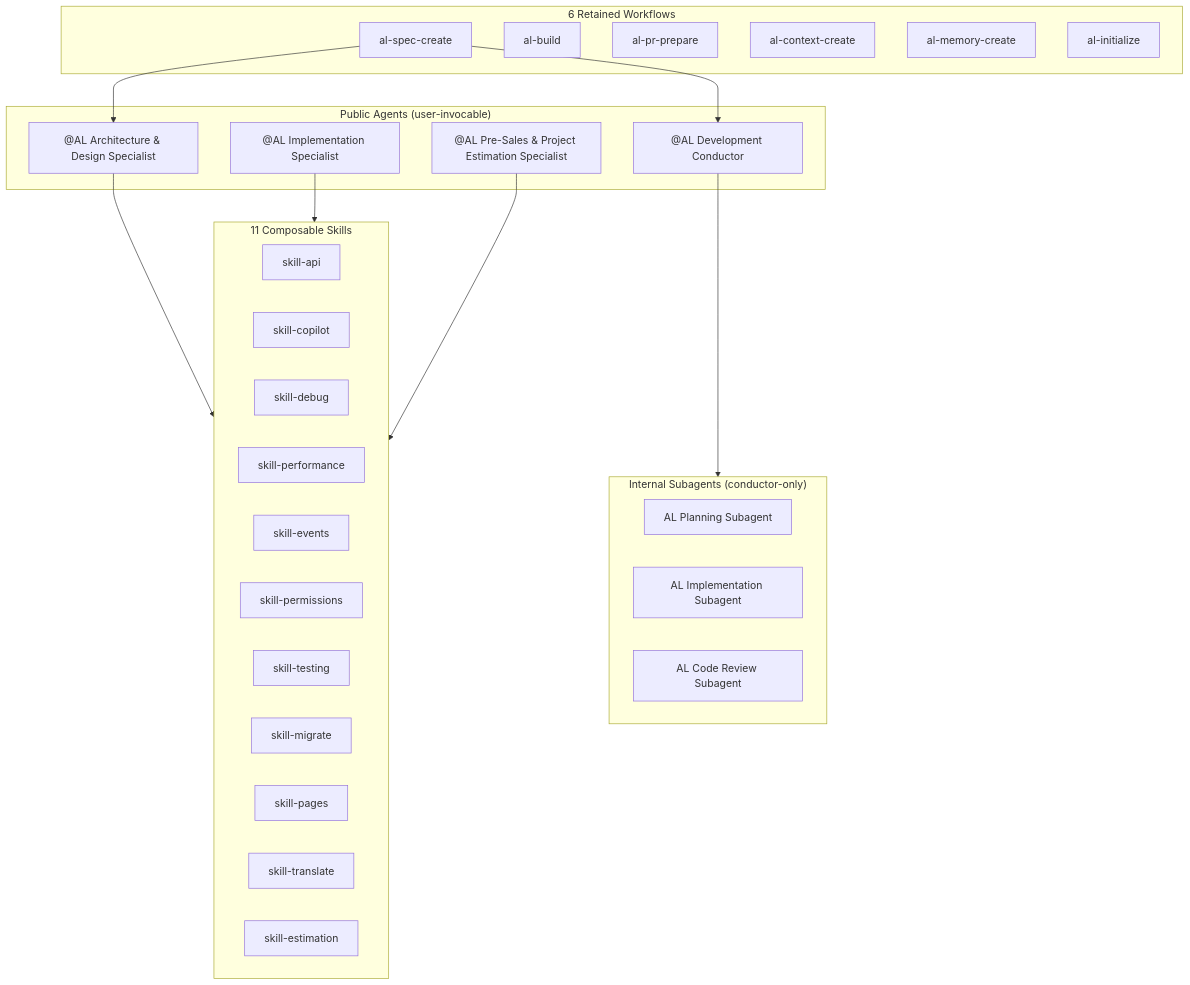
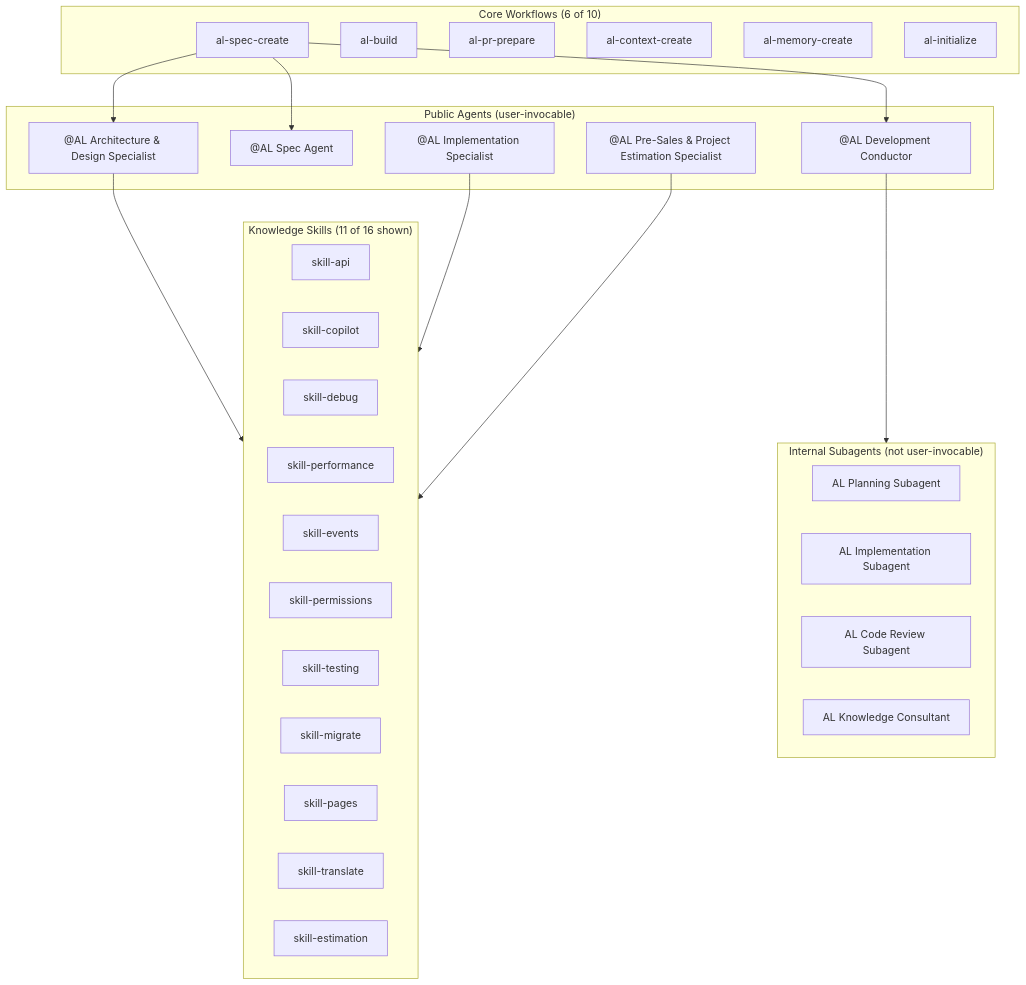
One commit to javiarmesto/ALDC-AL-Development-Collection changed the third of 3 diagrams in README.md. Above: the diagram before and after it, drawn with Mermaid. The commit also changed other lines of this file and 2 other files, not shown here.

````diff
--- a/README.md
+++ b/README.md
@@ -411,46 +413,49 @@
 ```mermaid
 graph TB
     subgraph PUBLIC["Public Agents (user-invocable)"]
         ARCH["@AL Architecture & Design Specialist"]
+        SPEC["@AL Spec Agent"]
         DEV["@AL Implementation Specialist"]
         COND["@AL Development Conductor"]
         PRE["@AL Pre-Sales & Project Estimation Specialist"]
     end
 
-    subgraph INTERNAL["Internal Subagents (conductor-only)"]
+    subgraph INTERNAL["Internal Subagents (not user-invocable)"]
         PLAN[AL Planning Subagent]
         IMPL[AL Implementation Subagent]
         REV[AL Code Review Subagent]
+        KNOW[AL Knowledge Consultant]
     end
 
-    subgraph SKILLS["11 Composable Skills"]
+    subgraph SKILLS["Knowledge Skills (11 of 16 shown)"]
         S1[skill-api]
         S2[skill-copilot]
         S3[skill-debug]
         S4[skill-performance]
         S5[skill-events]
         S6[skill-permissions]
         S7[skill-testing]
         S8[skill-migrate]
         S9[skill-pages]
         S10[skill-translate]
         S11[skill-estimation]
     end
 
-    subgraph WORKFLOWS["6 Retained Workflows"]
+    subgraph WORKFLOWS["Core Workflows (6 of 10)"]
         W1[al-spec-create]
         W2[al-build]
         W3[al-pr-prepare]
         W4[al-context-create]
         W5[al-memory-create]
         W6[al-initialize]
     end
 
     ARCH --> SKILLS
     DEV --> SKILLS
     COND --> INTERNAL
     PRE --> SKILLS
 
+    W1 --> SPEC
     W1 --> ARCH
     W1 --> COND
 ```
````
